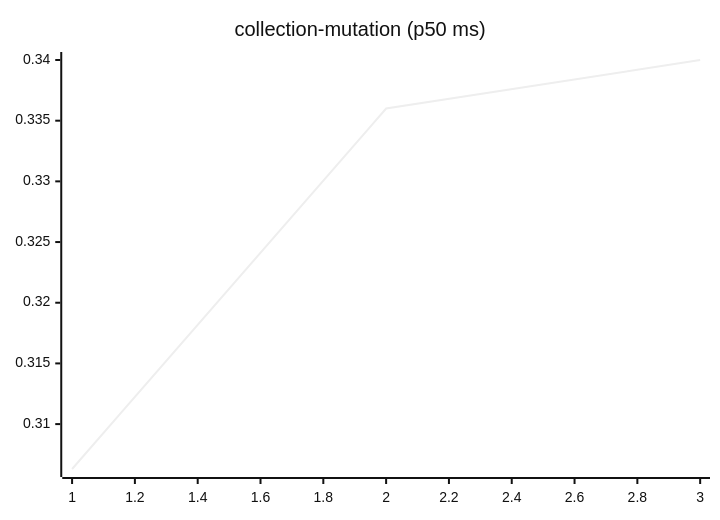
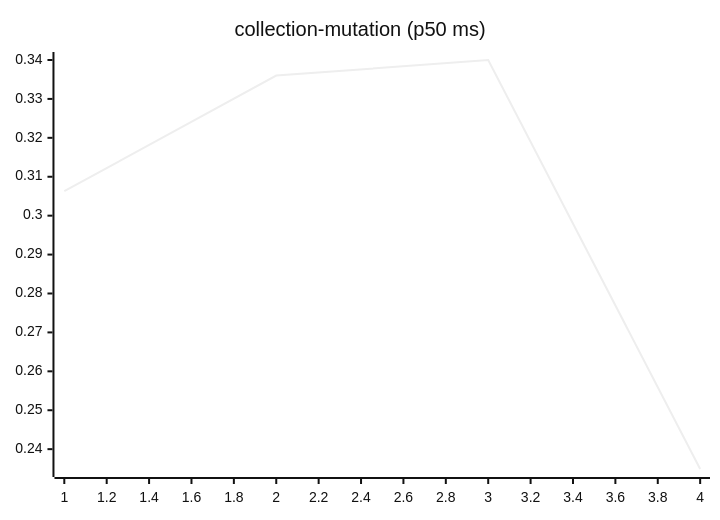
Before and after one commit to josha/Facet: the sixth of 27 diagrams in README.md, drawn with Mermaid (neutral theme). The commit also changed other lines of this file and 2 other files, not shown here.

````diff
--- a/README.md
+++ b/README.md
@@ -98,6 +98,6 @@
 ```mermaid
 xychart-beta
     title "collection-mutation (p50 ms)"
-    x-axis 1 --> 3
-    line [0.3063, 0.3360, 0.3400]
+    x-axis 1 --> 4
+    line [0.3063, 0.3360, 0.3400, 0.2349]
 ```
````
